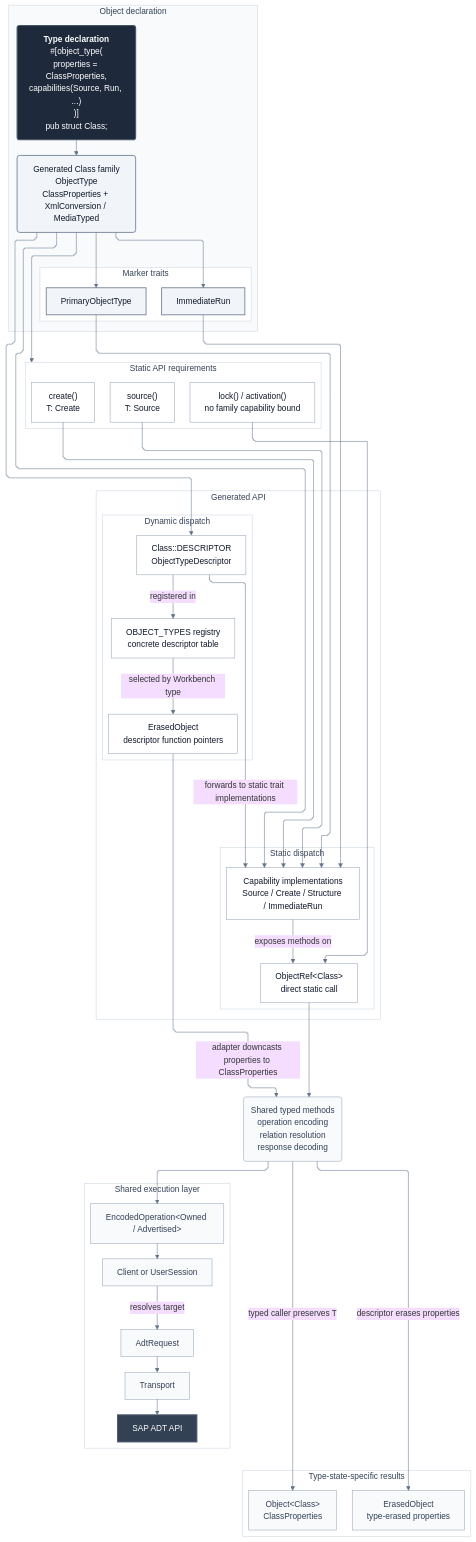
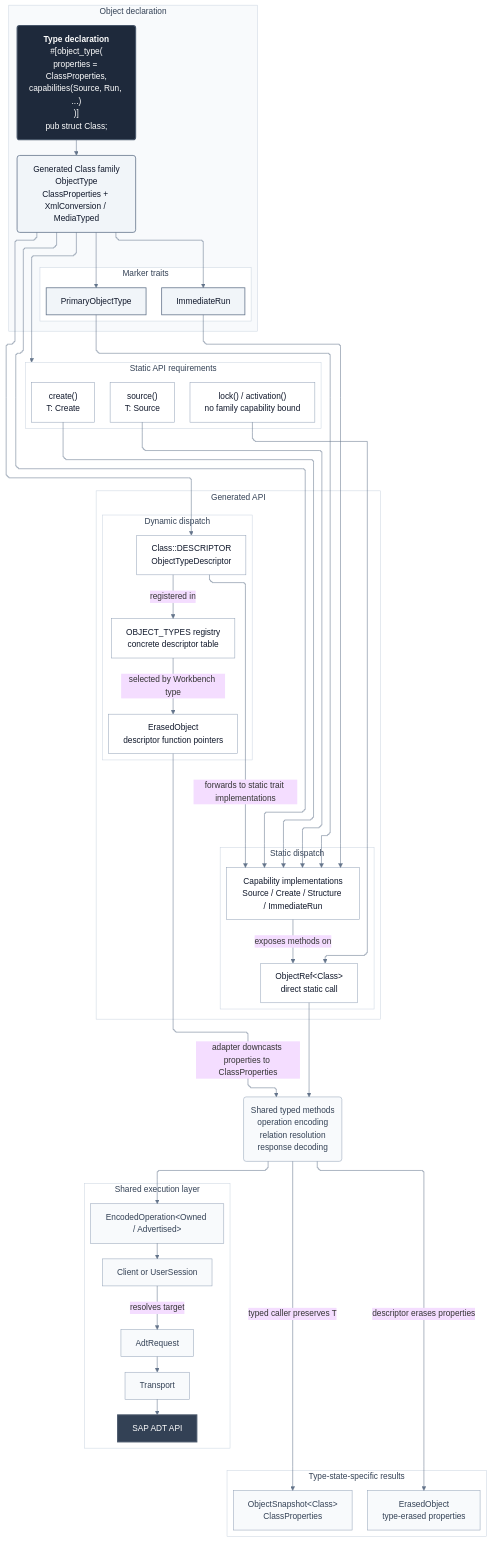
Before and after one commit to kennyhml/ziege: the diagram in crates/zadt/README.md, drawn with Mermaid. The commit also changed other lines of this file and 34 other files, not shown here.

Commit message:
refactor: redesign Object<T> to ObjectSnapshot<T>

```diff
--- a/crates/zadt/README.md
+++ b/crates/zadt/README.md
@@ -120,7 +120,7 @@
 
     subgraph RESULTS["Type-state-specific results"]
         direction LR
-        TYPED_OBJECT["Object&lt;Class&gt;<br>ClassProperties"]
+        TYPED_OBJECT["ObjectSnapshot&lt;Class&gt;<br>ClassProperties"]
         RUNTIME_OBJECT["ErasedObject<br>type-erased properties"]
     end
 
```
